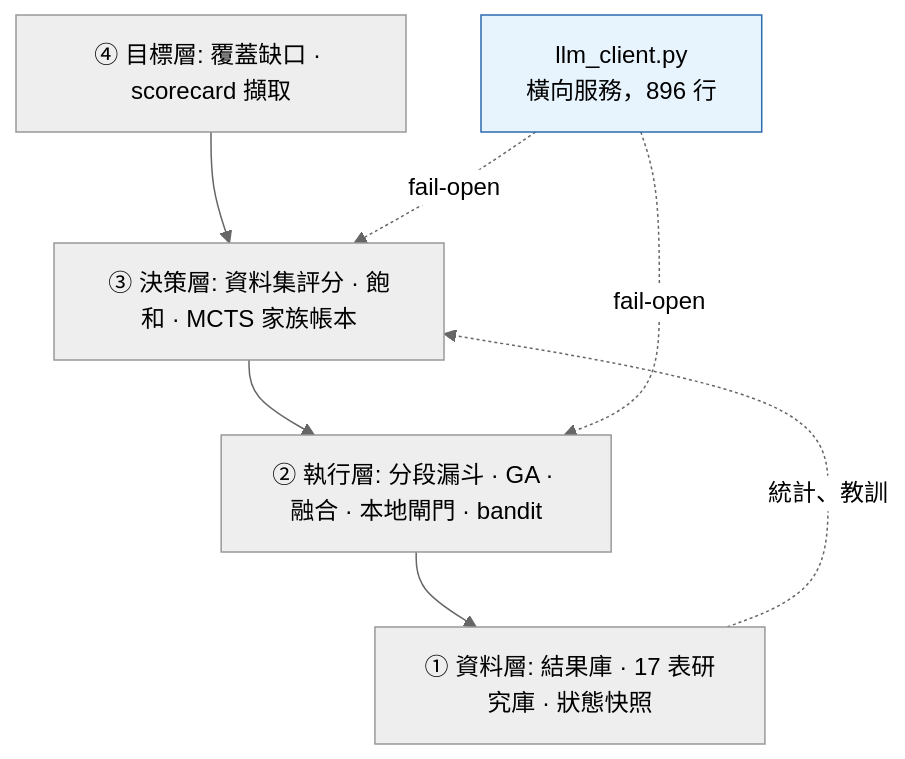
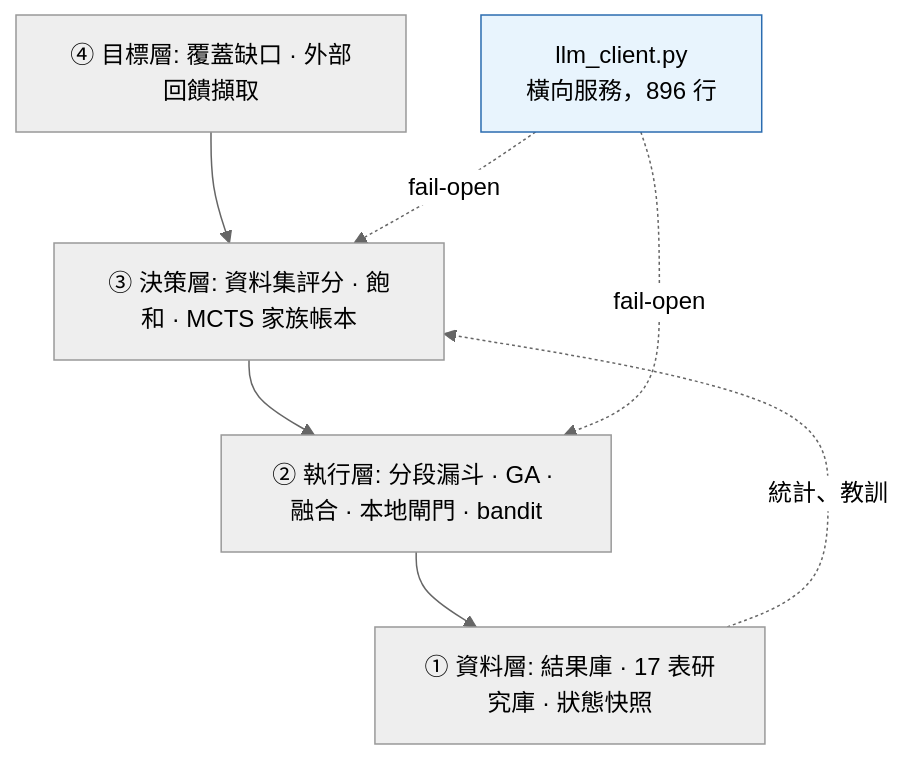
The diagram in personal/01-alpha-research-platform.zh-TW.md (hawiliu/engineering-portfolio), drawn with Mermaid (neutral theme) before and after one commit. The commit also changed other lines of this file and 19 other files, not shown here.

````diff
--- a/personal/01-alpha-research-platform.zh-TW.md
+++ b/personal/01-alpha-research-platform.zh-TW.md
@@ -50,15 +49,15 @@
 ```mermaid
 flowchart TB
-    G["④ 目標層: 覆蓋缺口 · scorecard 擷取"]
+    G["④ 目標層: 覆蓋缺口 · 外部回饋擷取"]
     D["③ 決策層: 資料集評分 · 飽和 · MCTS 家族帳本"]
     E["② 執行層: 分段漏斗 · GA · 融合 · 本地閘門 · bandit"]
     S["① 資料層: 結果庫 · 17 表研究庫 · 狀態快照"]
     L["llm_client.py<br/>橫向服務，896 行"]
 
     G --> D --> E --> S
     S -. "統計、教訓" .-> D
     L -. "fail-open" .-> D
     L -. "fail-open" .-> E
 
     style L fill:#e8f4fd,stroke:#2b6cb0
 ```
````
